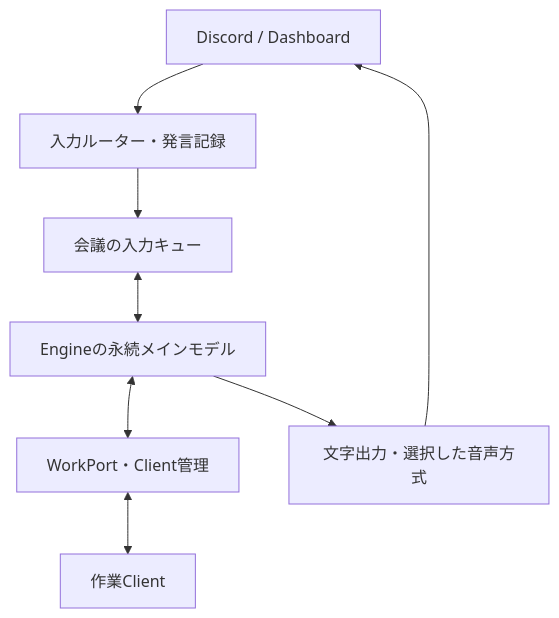
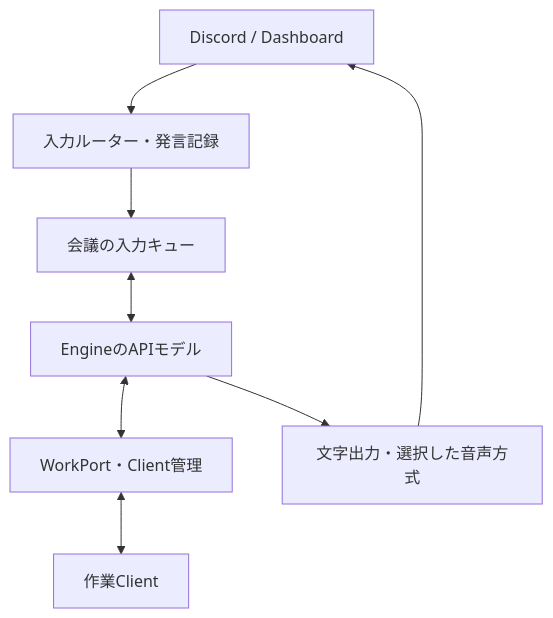
One commit to pikachu0310/personal-context-hub changed the first of 4 diagrams in docs/conversation-modes.md. Above: the diagram before and after it, drawn with Mermaid. The commit also changed other lines of this file and 19 other files, not shown here.

````diff
--- a/docs/conversation-modes.md
+++ b/docs/conversation-modes.md
@@ -33,10 +31,10 @@
 ```mermaid
 flowchart TB
     P["Discord / Dashboard"] --> I["入力ルーター・発言記録"]
     I --> C["会議の入力キュー"]
-    C <--> M["Engineの永続メインモデル"]
+    C <--> M["EngineのAPIモデル"]
     M <--> W["WorkPort・Client管理"]
     W <--> X["作業Client"]
     M --> O["文字出力・選択した音声方式"]
     O --> P
 ```
````
